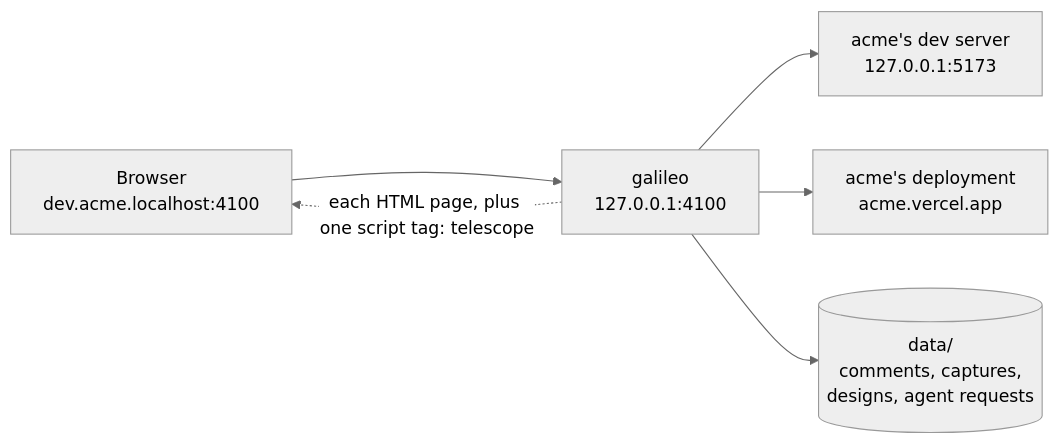
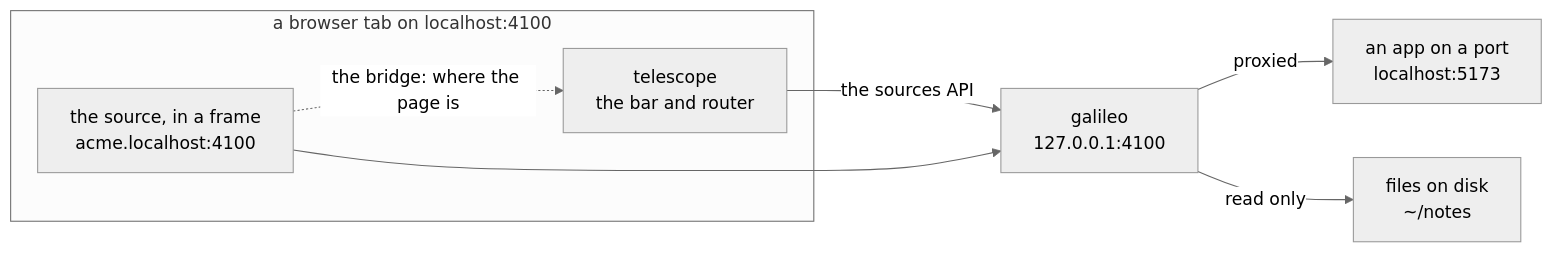
The diagram in README.md (quirq-ai/galileo), drawn with Mermaid (neutral theme) before and after one commit. The commit also changed other lines of this file and 51 other files, not shown here.

````diff
--- a/README.md
+++ b/README.md
@@ -21,8 +21,15 @@
 ```mermaid
 flowchart LR
-  browser["Browser<br/>dev.acme.localhost:4100"] --> gw["galileo<br/>127.0.0.1:4100"]
-  gw --> dev["acme's dev server<br/>127.0.0.1:5173"]
-  gw --> live["acme's deployment<br/>acme.vercel.app"]
-  gw -.->|"each HTML page, plus one script tag: telescope"| browser
-  gw --> data[("data/<br/>comments, captures,<br/>designs, agent requests")]
+  subgraph tab["a browser tab on localhost:4100"]
+    bar["telescope<br/>the bar and router"]
+    frame["the source, in a frame<br/>acme.localhost:4100"]
+  end
+  galileo["galileo<br/>127.0.0.1:4100"]
+  app["an app on a port<br/>localhost:5173"]
+  disk["files on disk<br/>~/notes"]
+  bar -->|"the sources API"| galileo
+  frame --> galileo
+  galileo -->|proxied| app
+  galileo -->|read only| disk
+  frame -.->|"the bridge: where the page is"| bar
 ```
````
